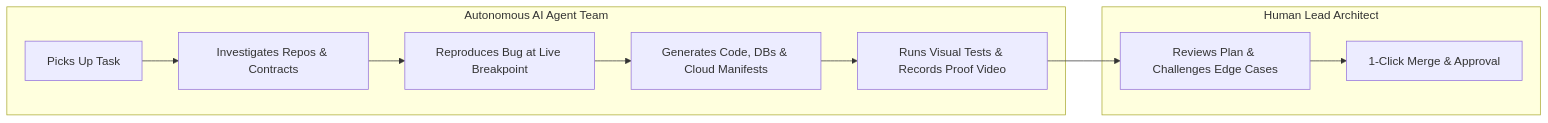
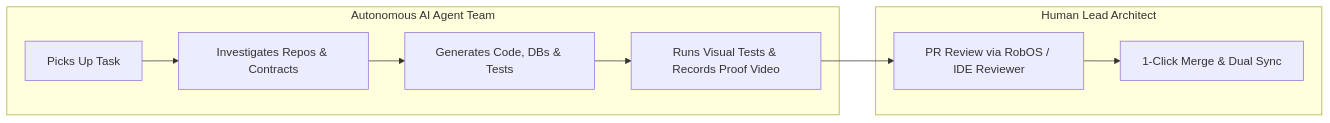
One commit to nddipiazza/robos changed the fifth of 5 diagrams in docs/index.md. Above: the diagram before and after it, drawn with Mermaid. The commit also changed other lines of this file and 6 other files, not shown here.

Commit message:
docs: clarify IDE breakpoint as agent debugging feature and frame PR review process with optional IDE review as core workflow

````diff
--- a/docs/index.md
+++ b/docs/index.md
@@ -175,14 +175,13 @@
 ```mermaid
 graph LR
     subgraph AutonomousAI [Autonomous AI Agent Team]
         T[Picks Up Task] --> R[Investigates Repos & Contracts]
-        R --> B[Reproduces Bug at Live Breakpoint]
-        B --> K[Generates Code, DBs & Cloud Manifests]
+        R --> K[Generates Code, DBs & Tests]
         K --> V[Runs Visual Tests & Records Proof Video]
     end
 
     subgraph HumanEngineer [Human Lead Architect]
-        V --> P[Reviews Plan & Challenges Edge Cases]
-        P --> M[1-Click Merge & Approval]
+        V --> P[PR Review via RobOS / IDE Reviewer]
+        P --> M[1-Click Merge & Dual Sync]
     end
 ```
````
